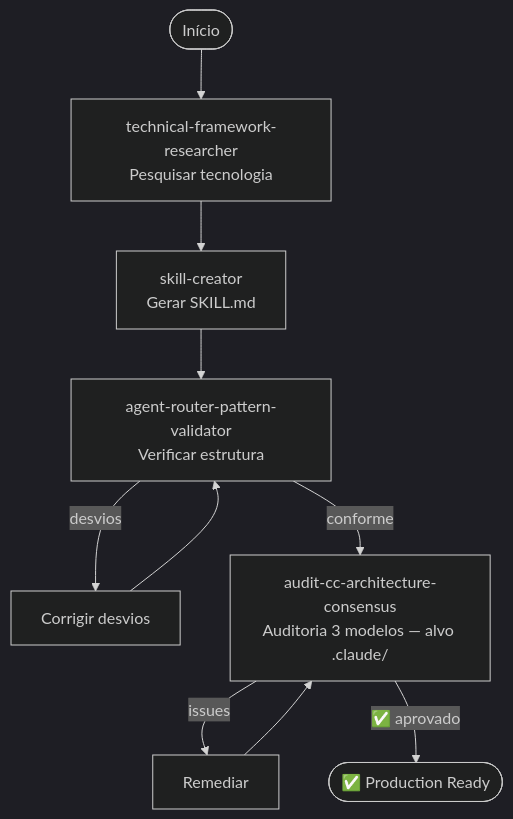
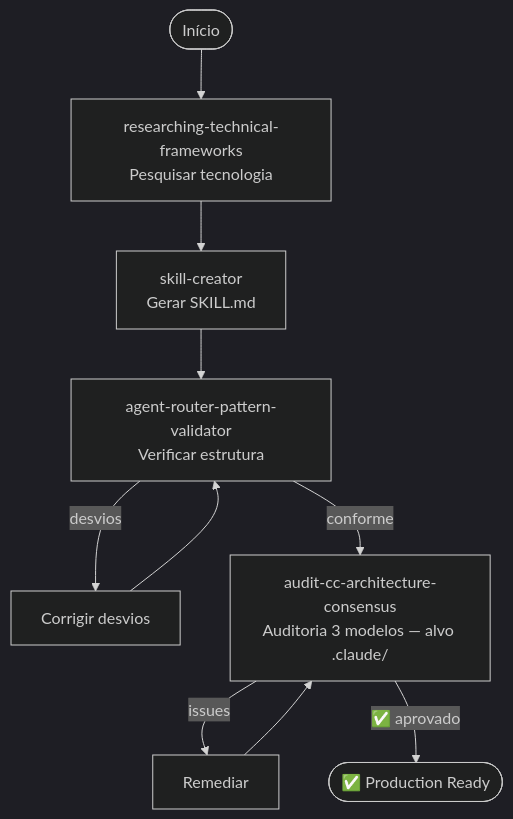
The diagram in docs/fluxos/fluxo-criacao-projeto.md (rodrigo-mendes/agents-factory), drawn with Mermaid (dark theme) before and after one commit. The commit also changed other lines of this file and 57 other files, not shown here.

````diff
--- a/docs/fluxos/fluxo-criacao-projeto.md
+++ b/docs/fluxos/fluxo-criacao-projeto.md
@@ -9,16 +9,16 @@
 ```mermaid
 flowchart TD
-    START([Início]) --> RESEARCH[technical-framework-researcher<br/>Pesquisar tecnologia]
+    START([Início]) --> RESEARCH[researching-technical-frameworks<br/>Pesquisar tecnologia]
     RESEARCH --> SKILL[skill-creator<br/>Gerar SKILL.md]
     SKILL --> VALID[agent-router-pattern-validator<br/>Verificar estrutura]
     
     VALID -->|desvios| FIX[Corrigir desvios]
     FIX --> VALID
     
     VALID -->|conforme| AUDIT[audit-cc-architecture-consensus<br/>Auditoria 3 modelos — alvo .claude/]
     
     AUDIT -->|issues| FIX2[Remediar]
     FIX2 --> AUDIT
     
     AUDIT -->|✅ aprovado| PROD([✅ Production Ready])
 ```
````
